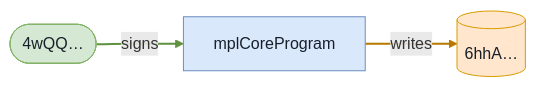
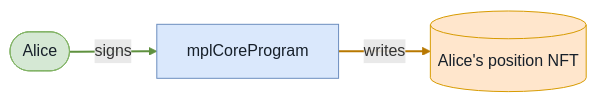
One commit to cds-turbin3/vesting-position changed diagram 11 of 12 in babelfish-tests/test-report/collection_freeze_does_not_block_existing_transferable_positions.md. Above: the diagram before and after it, drawn with Mermaid. The commit also changed other lines of this file and 104 other files, not shown here.

````diff
--- a/babelfish-tests/test-report/collection_freeze_does_not_block_existing_transferable_positions.md
+++ b/babelfish-tests/test-report/collection_freeze_does_not_block_existing_transferable_positions.md
@@ -463,13 +465,13 @@
 ```mermaid
 flowchart LR
     mplCoreProgram["mplCoreProgram"]:::program
-    n6hhA[("6hhA…")]:::state
-    n4wQQ(["4wQQ…"]):::signer
-    mplCoreProgram -->|writes| n6hhA
-    n4wQQ -->|signs| mplCoreProgram
+    AlicespositionNFT[("Alice's position NFT")]:::state
+    Alice(["Alice"]):::signer
+    mplCoreProgram -->|writes| AlicespositionNFT
+    Alice -->|signs| mplCoreProgram
     classDef program fill:#dae8fc,stroke:#6c8ebf,color:#17202a;
     classDef signer fill:#d5e8d4,stroke:#82b366,color:#17202a;
     classDef state fill:#ffe6cc,stroke:#d79b00,color:#17202a;
     linkStyle 0 stroke:#b87800,stroke-width:2px
     linkStyle 1 stroke:#5f913f,stroke-width:2px
 ```
````
